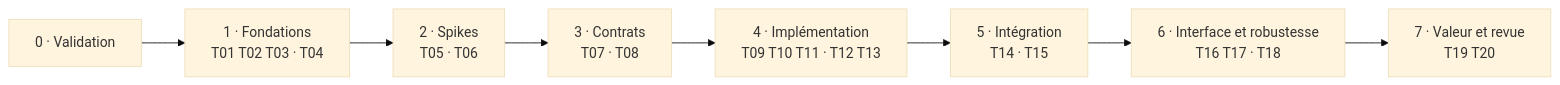
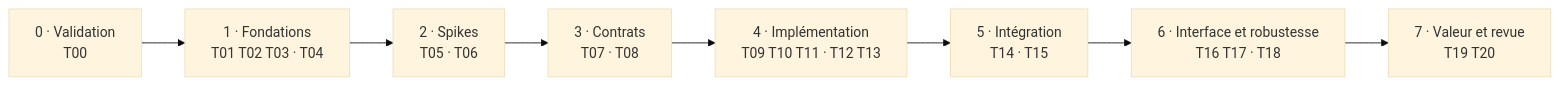
Before and after one commit to francoisduperier167-jpg/GODOT_DEV_MAPPER: the diagram in docs/orchestration.md, drawn with Mermaid (base theme). The commit also changed other lines of this file and 21 other files, not shown here.

````diff
--- a/docs/orchestration.md
+++ b/docs/orchestration.md
@@ -39,10 +47,10 @@
 ```mermaid
 flowchart LR
-  E0["0 · Validation"] --> E1["1 · Fondations<br/>T01 T02 T03 · T04"]
+  E0["0 · Validation<br/>T00"] --> E1["1 · Fondations<br/>T01 T02 T03 · T04"]
   E1 --> E2["2 · Spikes<br/>T05 · T06"]
   E2 --> E3["3 · Contrats<br/>T07 · T08"]
   E3 --> E4["4 · Implémentation<br/>T09 T10 T11 · T12 T13"]
   E4 --> E5["5 · Intégration<br/>T14 · T15"]
   E5 --> E6["6 · Interface et robustesse<br/>T16 T17 · T18"]
   E6 --> E7["7 · Valeur et revue<br/>T19 T20"]
 ```
````
